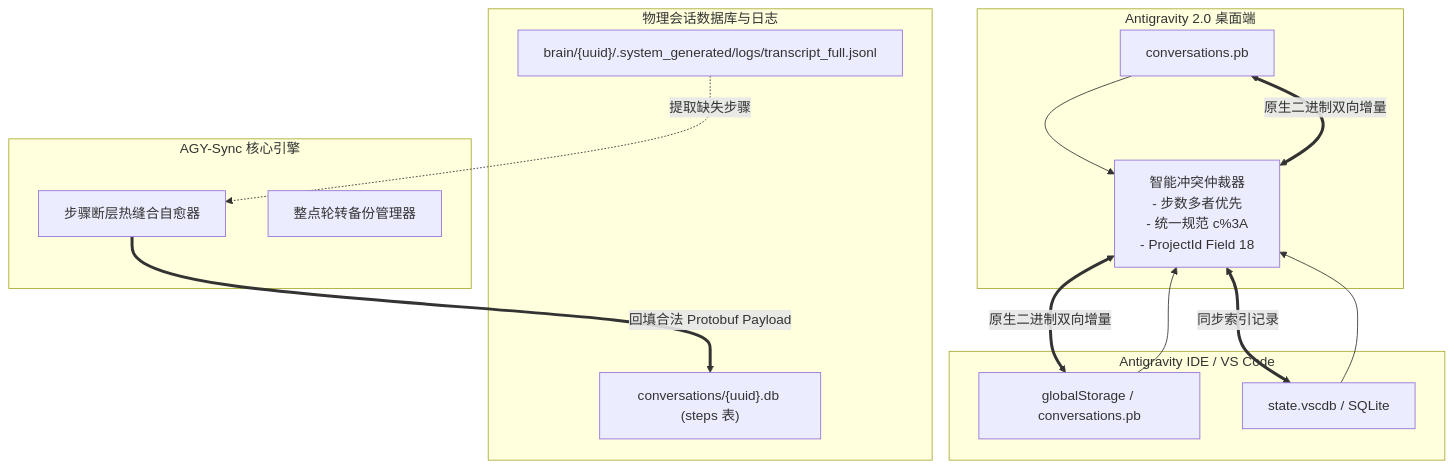
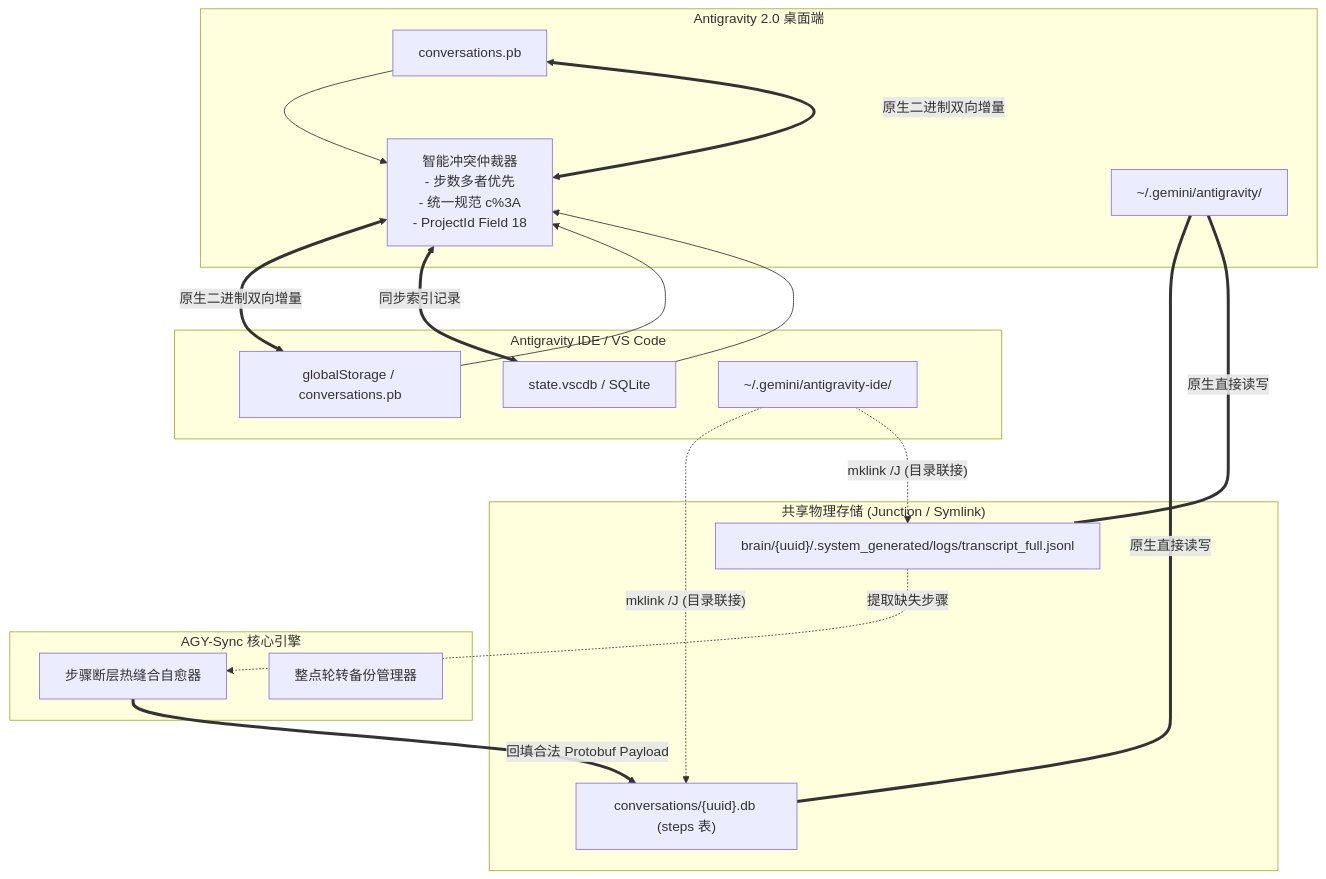
One commit to nyacyan/antigravity-sync changed the diagram in README_CN.md. Above: the diagram before and after it, drawn with Mermaid. The commit also changed other lines of this file and 2 other files, not shown here.

````diff
--- a/README_CN.md
+++ b/README_CN.md
@@ -30,28 +31,35 @@
 ```mermaid
 flowchart TD
     subgraph "Antigravity 2.0 桌面端"
         A1["conversations.pb"] --> Arbiter
+        A2["~/.gemini/antigravity/"]
     end
 
     subgraph "Antigravity IDE / VS Code"
         B1["globalStorage / conversations.pb"] --> Arbiter
         B2["state.vscdb / SQLite"] --> Arbiter
+        B3["~/.gemini/antigravity-ide/"]
     end
 
-    subgraph "物理会话数据库与日志"
+    subgraph "共享物理存储 (Junction / Symlink)"
         C1["conversations/{uuid}.db (steps 表)"]
         C2["brain/{uuid}/.system_generated/logs/transcript_full.jsonl"]
     end
+
+    A2 ===|"原生直接读写"| C1
+    A2 ===|"原生直接读写"| C2
+    B3 -.->|"mklink /J (目录联接)"| C1
+    B3 -.->|"mklink /J (目录联接)"| C2
 
     subgraph "AGY-Sync 核心引擎"
         Arbiter["智能冲突仲裁器<br/>- 步数多者优先<br/>- 统一规范 c%3A<br/>- ProjectId Field 18"]
         Healer["步骤断层热缝合自愈器"]
         Backup["整点轮转备份管理器"]
     end
 
     C2 -.->|提取缺失步骤| Healer
     Healer ==>|回填合法 Protobuf Payload| C1
     Arbiter <==>|原生二进制双向增量| A1
     Arbiter <==>|原生二进制双向增量| B1
     Arbiter <==>|同步索引记录| B2
 ```
````
